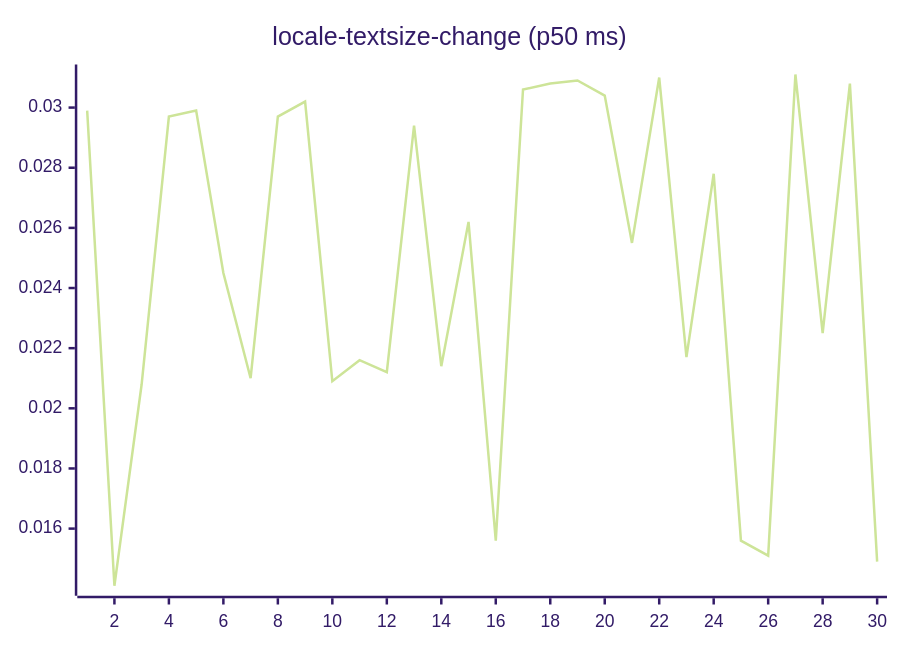
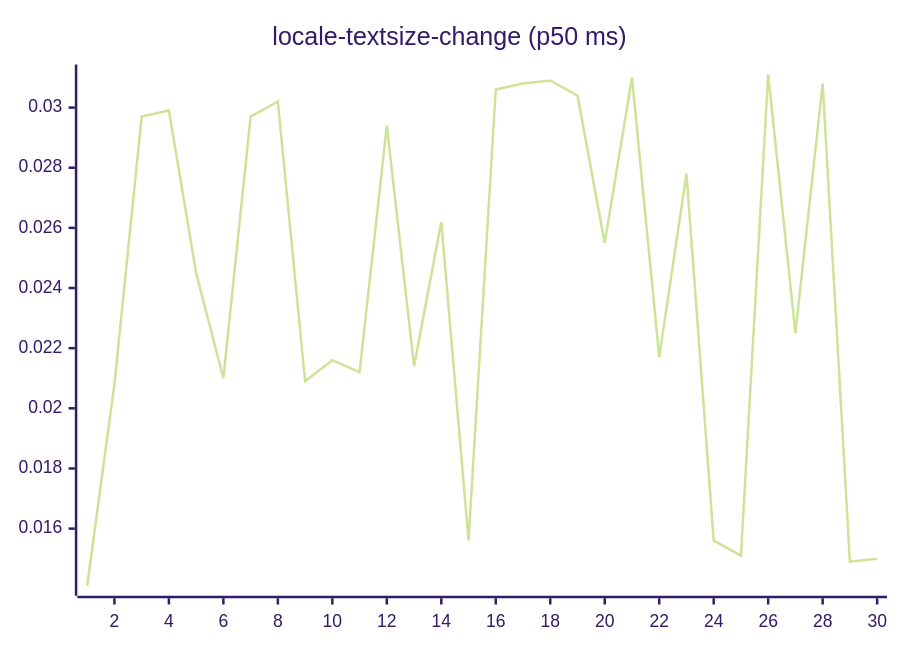
One commit to josha/Facet changed diagram 13 of 27 in README.md. Above: the diagram before and after it, drawn with Mermaid (forest theme). The commit also changed other lines of this file and 2 other files, not shown here.

````diff
--- a/README.md
+++ b/README.md
@@ -147,6 +147,6 @@
 ```mermaid
 xychart-beta
     title "locale-textsize-change (p50 ms)"
     x-axis 1 --> 30
-    line [0.0299, 0.0141, 0.0208, 0.0297, 0.0299, 0.0245, 0.0210, 0.0297, 0.0302, 0.0209, 0.0216, 0.0212, 0.0294, 0.0214, 0.0262, 0.0156, 0.0306, 0.0308, 0.0309, 0.0304, 0.0255, 0.0310, 0.0217, 0.0278, 0.0156, 0.0151, 0.0311, 0.0225, 0.0308, 0.0149]
+    line [0.0141, 0.0208, 0.0297, 0.0299, 0.0245, 0.0210, 0.0297, 0.0302, 0.0209, 0.0216, 0.0212, 0.0294, 0.0214, 0.0262, 0.0156, 0.0306, 0.0308, 0.0309, 0.0304, 0.0255, 0.0310, 0.0217, 0.0278, 0.0156, 0.0151, 0.0311, 0.0225, 0.0308, 0.0149, 0.0150]
 ```
````
